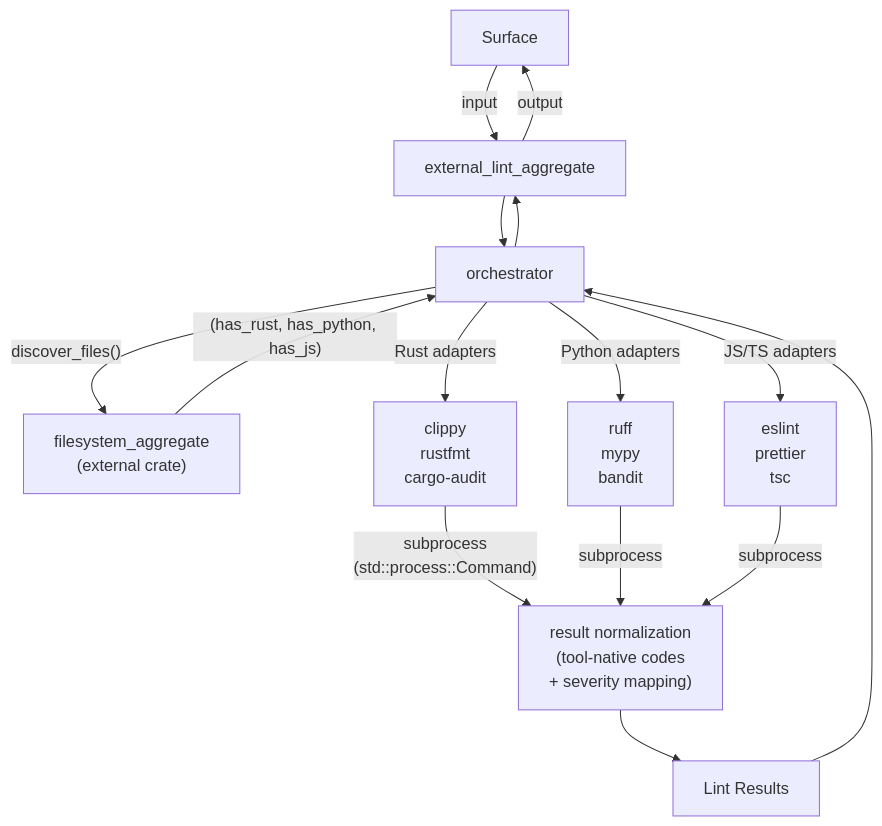
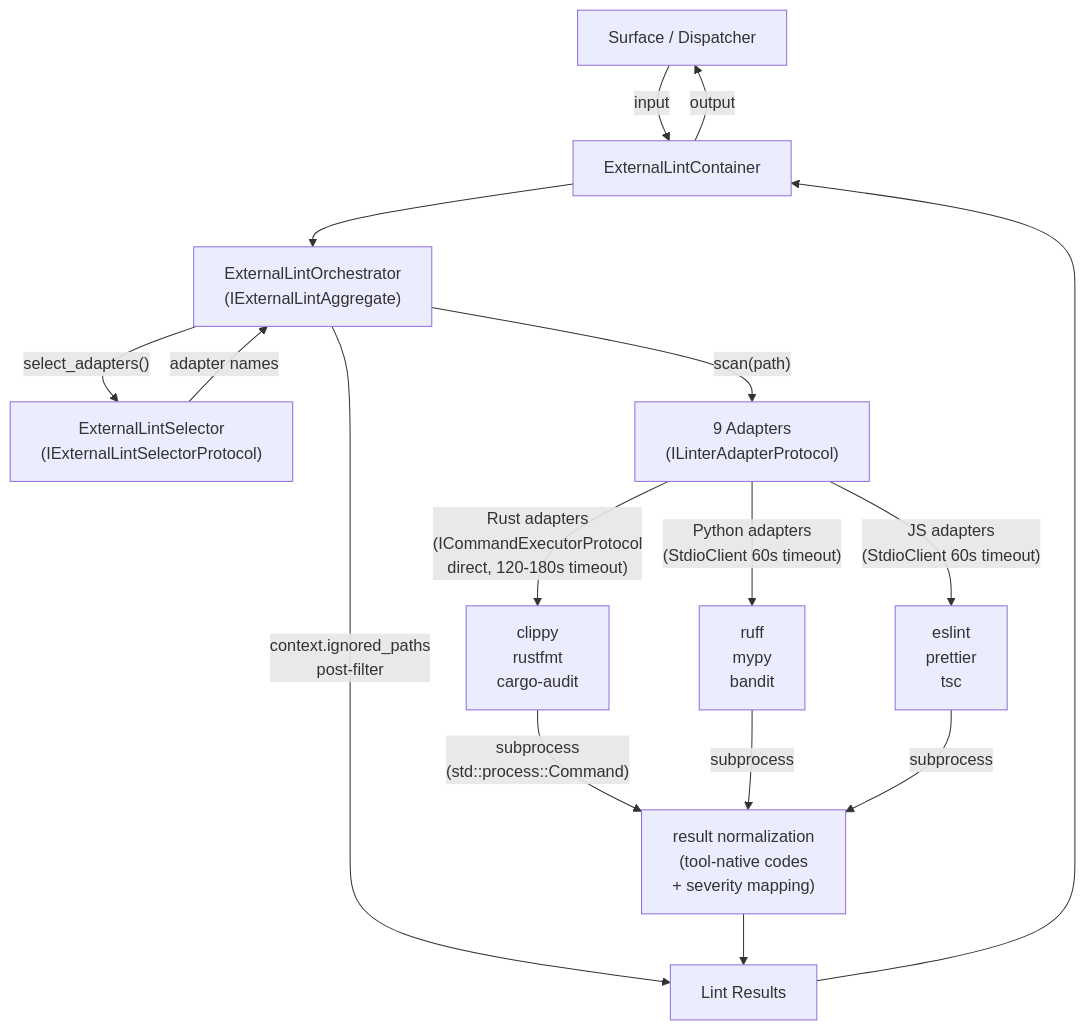
One commit to rakaarwaky/lint-arwaky changed the diagram in crates/external-lint/FRD.md. Above: the diagram before and after it, drawn with Mermaid. The commit also changed other lines of this file and 60 other files, not shown here.

First line of the commit message:
feat(graph-loop): Implement state manager and trigger scanner for pipeline orchestration

````diff
--- a/crates/external-lint/FRD.md
+++ b/crates/external-lint/FRD.md
@@ -13,22 +15,23 @@
 ```mermaid
 flowchart TD
-    A["Surface"] -->|input| B["external_lint_aggregate"]
-    B --> C["orchestrator"]
+    A["Surface / Dispatcher"] -->|input| B["ExternalLintContainer"]
+    B --> C["ExternalLintOrchestrator\n(IExternalLintAggregate)"]
 
-    C -->|"discover_files()"| D["filesystem_aggregate\n(external crate)"]
-    D -->|"(has_rust, has_python, has_js)"| C
+    C -->|"select_adapters()"| D["ExternalLintSelector\n(IExternalLintSelectorProtocol)"]
+    D -->|"adapter names"| C
 
-    C -->|"Rust adapters"| R["clippy\nrustfmt\ncargo-audit"]
-    C -->|"Python adapters"| P["ruff\nmypy\nbandit"]
-    C -->|"JS/TS adapters"| J["eslint\nprettier\ntsc"]
+    C -->|"scan(path)"| E["9 Adapters\n(ILinterAdapterProtocol)"]
+    C -->|"context.ignored_paths\npost-filter"| F["Lint Results"]
 
-    R -->|"subprocess\n(std::process::Command)"| H["result normalization\n(tool-native codes\n+ severity mapping)"]
-    P -->|"subprocess"| H
-    J -->|"subprocess"| H
+    E -->|"Rust adapters\n(ICommandExecutorProtocol\ndirect, 120-180s timeout)"| R["clippy\nrustfmt\ncargo-audit"]
+    E -->|"Python adapters\n(StdioClient 60s timeout)"| P["ruff\nmypy\nbandit"]
+    E -->|"JS adapters\n(StdioClient 60s timeout)"| J["eslint\nprettier\ntsc"]
 
-    H --> L["Lint Results"]
-    L --> C
-    C --> B
+    R -->|"subprocess\n(std::process::Command)"| G["result normalization\n(tool-native codes\n+ severity mapping)"]
+    P -->|"subprocess"| G
+    J -->|"subprocess"| G
+
+    G --> F
+    F --> B
     B -->|output| A
-
 ```
````
